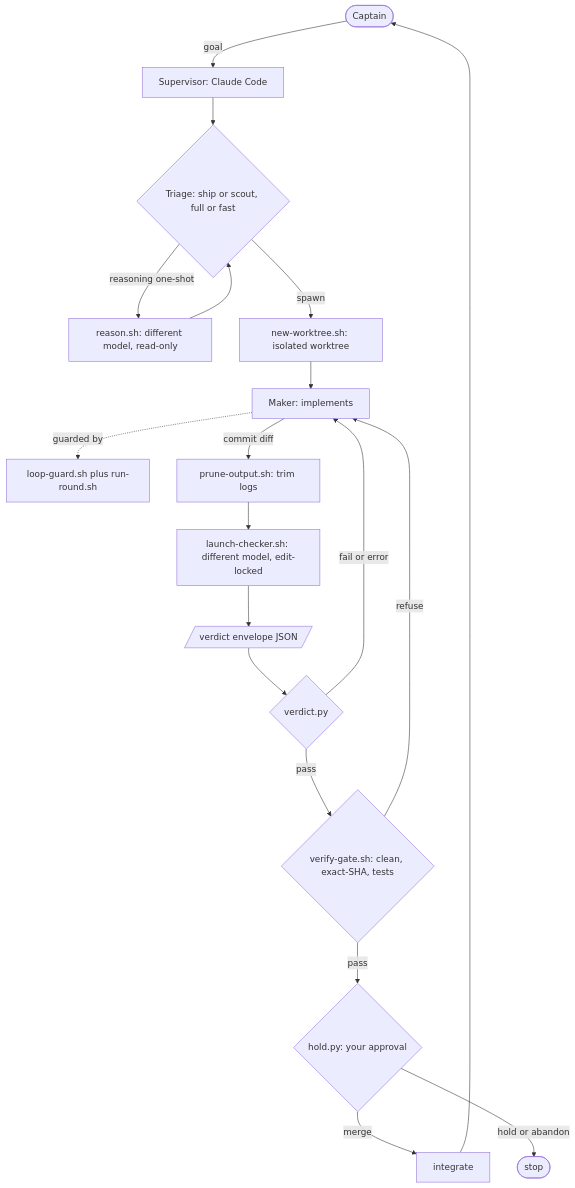
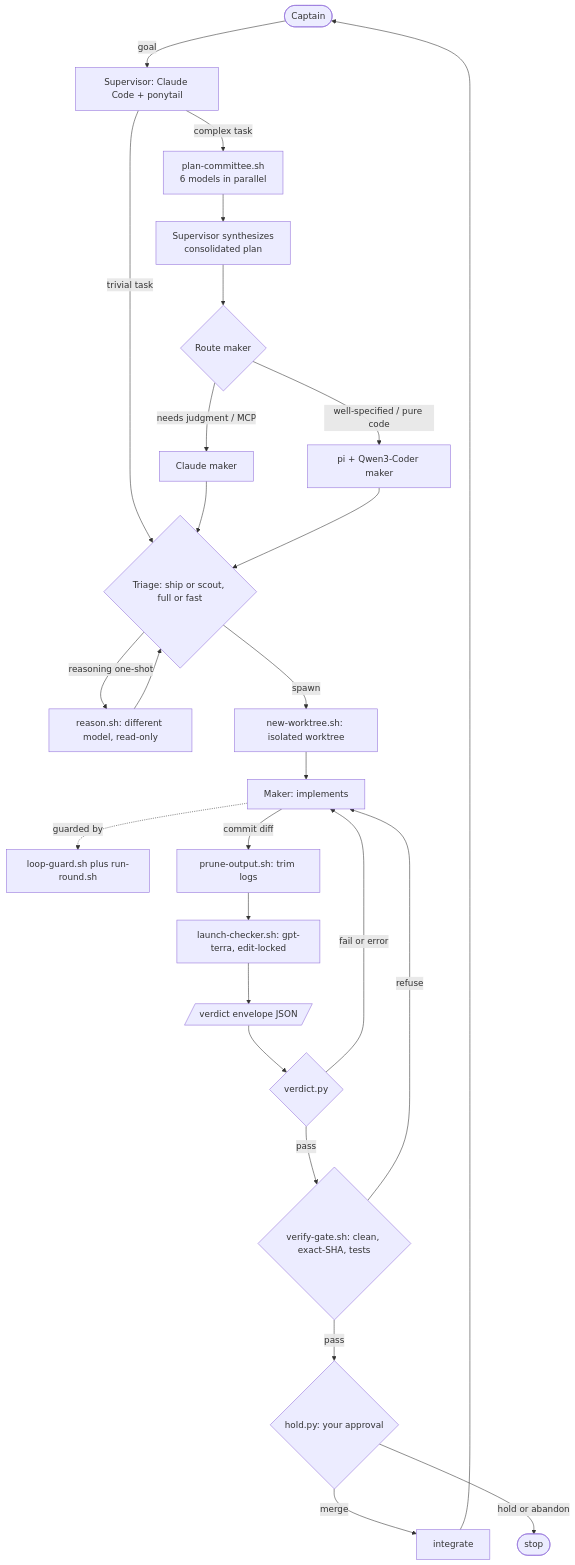
Before and after one commit to eshwarvijay/secondmate: the diagram in docs/ARCHITECTURE.md, drawn with Mermaid. The commit also changed other lines of this file and 1 other file, not shown here.

Commit message:
docs: update README + ARCHITECTURE for v0.1.3 plan-committee

````diff
--- a/docs/ARCHITECTURE.md
+++ b/docs/ARCHITECTURE.md
@@ -36,21 +37,28 @@
 ```mermaid
 flowchart TD
-    Cap([Captain]) -->|goal| SUP[Supervisor: Claude Code]
-    SUP --> TRI{Triage: ship or scout, full or fast}
+    Cap([Captain]) -->|goal| SUP[Supervisor: Claude Code + ponytail]
+    SUP -->|complex task| PC[plan-committee.sh<br/>6 models in parallel]
+    PC --> SYN[Supervisor synthesizes<br/>consolidated plan]
+    SYN --> ROUTE{Route maker}
+    ROUTE -->|needs judgment / MCP| MKC[Claude maker]
+    ROUTE -->|well-specified / pure code| MKQ[pi + Qwen3-Coder maker]
+    SUP -->|trivial task| TRI
+    MKC --> TRI{Triage: ship or scout, full or fast}
+    MKQ --> TRI
     TRI -->|reasoning one-shot| RS[reason.sh: different model, read-only]
     RS --> TRI
     TRI -->|spawn| WT[new-worktree.sh: isolated worktree]
     WT --> MK[Maker: implements]
     MK -. guarded by .-> GD[loop-guard.sh plus run-round.sh]
     MK -->|commit diff| PR[prune-output.sh: trim logs]
-    PR --> CH[launch-checker.sh: different model, edit-locked]
+    PR --> CH[launch-checker.sh: gpt-terra, edit-locked]
     CH --> EV[/verdict envelope JSON/]
     EV --> VD{verdict.py}
     VD -->|fail or error| MK
     VD -->|pass| GT{verify-gate.sh: clean, exact-SHA, tests}
     GT -->|refuse| MK
     GT -->|pass| HD{hold.py: your approval}
     HD -->|merge| INT[integrate]
     HD -->|hold or abandon| STOP([stop])
     INT --> Cap
 ```
````
